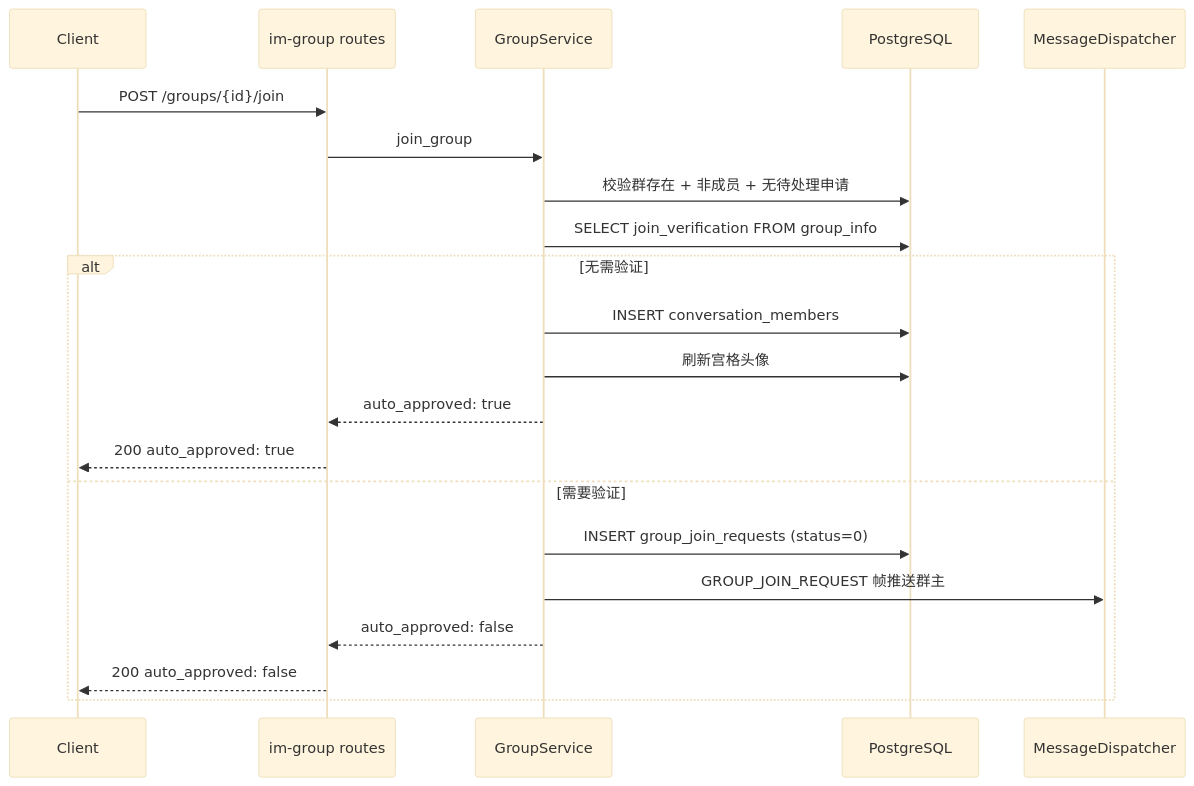
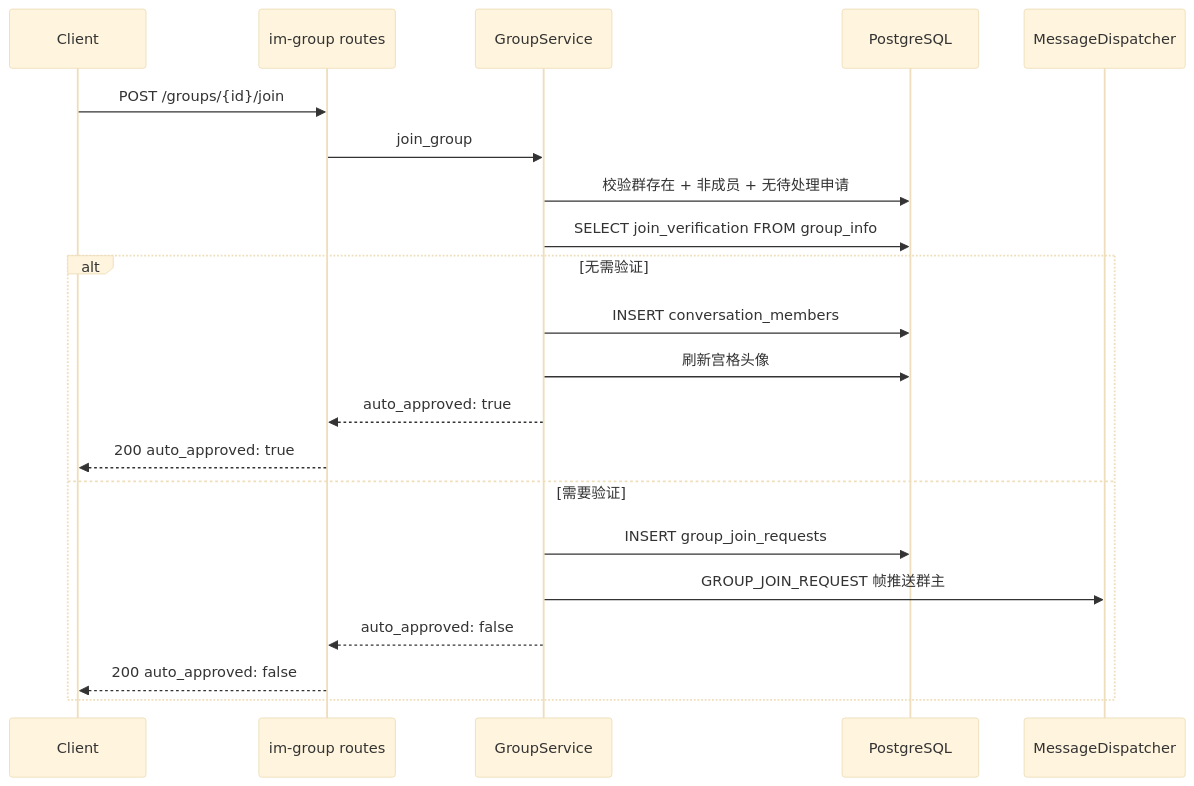
The fourth of 8 diagrams in docs/features/archiver/modules/group/server.md (toly1994328/flash_im_by_ai), drawn with Mermaid (base theme) before and after one commit. The commit also changed other lines of this file and 33 other files, not shown here.

````diff
--- a/docs/features/archiver/modules/group/server.md
+++ b/docs/features/archiver/modules/group/server.md
@@ -107,25 +125,25 @@
 ```mermaid
 sequenceDiagram
     participant C as Client
     participant API as im-group routes
     participant SVC as GroupService
     participant DB as PostgreSQL
     participant WS as MessageDispatcher
 
     C->>API: POST /groups/{id}/join
     API->>SVC: join_group
     SVC->>DB: 校验群存在 + 非成员 + 无待处理申请
     SVC->>DB: SELECT join_verification FROM group_info
 
     alt 无需验证
         SVC->>DB: INSERT conversation_members
         SVC->>DB: 刷新宫格头像
         SVC-->>API: auto_approved: true
         API-->>C: 200 auto_approved: true
     else 需要验证
-        SVC->>DB: INSERT group_join_requests (status=0)
+        SVC->>DB: INSERT group_join_requests
         SVC->>WS: GROUP_JOIN_REQUEST 帧推送群主
         SVC-->>API: auto_approved: false
         API-->>C: 200 auto_approved: false
     end
 ```
````
